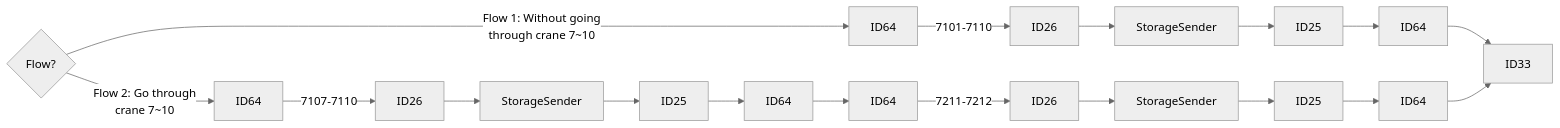
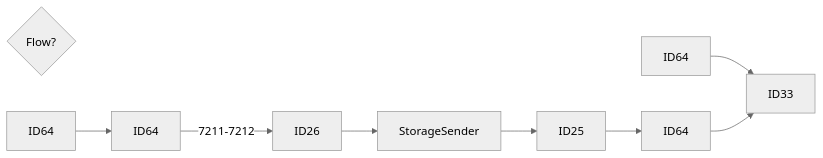
The third of 25 diagrams in Basic-Design/DFD-WMS/Storage/Palletizing-Settting/Palletize-Start.md (luthfiadityaa/SimeDarby-Wiki), drawn with Mermaid (neutral theme) before and after one commit.

Commit message:
Updated Palletize Start

```diff
--- a/Basic-Design/DFD-WMS/Storage/Palletizing-Settting/Palletize-Start.md
+++ b/Basic-Design/DFD-WMS/Storage/Palletizing-Settting/Palletize-Start.md
@@ -27,16 +27,9 @@
 ::: mermaid
 flowchart LR
 
 Cond2{Flow?}
-
-Cond2 --> |Flow 1: Without going 
-through crane 7~10| P8[ID64]
-Cond2 --> |Flow 2: Go through 
-crane 7~10| P9[ID64]
-
-P8[ID64]--> |7101-7110| P10[ID26]-->P11[StorageSender]-->P12[ID25]-->P13[ID64]
-P9[ID64]--> |7107-7110| P15[ID26]-->P16[StorageSender]-->P17[ID25]-->P18[ID64]-->P19[ID64]--> |7211-7212| P20[ID26]-->P21[StorageSender]-->P22[ID25]-->P23[ID64]
+P18[ID64]-->P19[ID64]--> |7211-7212| P20[ID26]-->P21[StorageSender]-->P22[ID25]-->P23[ID64]
 
 P13[ID64]-->P14[ID33]
 P23[ID64]-->P14[ID33]
 :::
```
